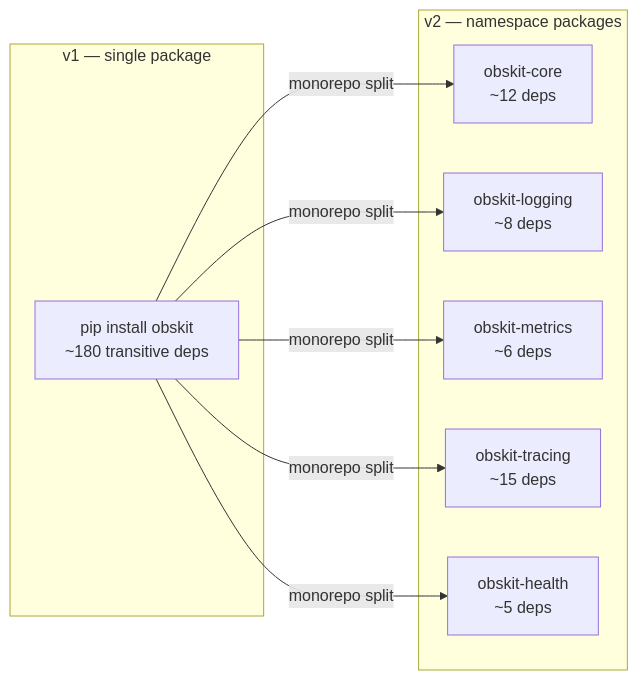
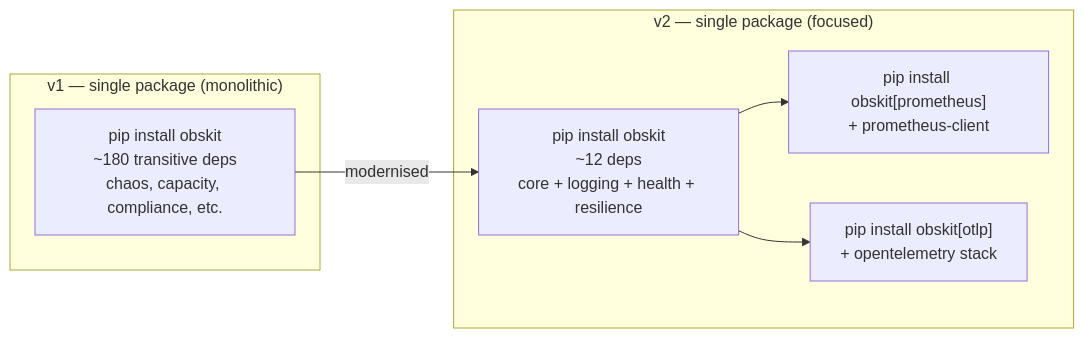
Before and after one commit to talaatmagdyx/obskit: the first of 2 diagrams in docs/getting-started/migration.md, drawn with Mermaid. The commit also changed other lines of this file and 30 other files, not shown here.

````diff
--- a/docs/getting-started/migration.md
+++ b/docs/getting-started/migration.md
@@ -9,18 +9,14 @@
 ```mermaid
 graph LR
-    subgraph v1["v1 — single package"]
-        A[pip install obskit<br/>~180 transitive deps]
+    subgraph v1["v1 — single package (monolithic)"]
+        A[pip install obskit<br/>~180 transitive deps<br/>chaos, capacity, compliance, etc.]
     end
-    subgraph v2["v2 — namespace packages"]
-        B[obskit-core<br/>~12 deps]
-        C[obskit-logging<br/>~8 deps]
-        D[obskit-metrics<br/>~6 deps]
-        E[obskit-tracing<br/>~15 deps]
-        F[obskit-health<br/>~5 deps]
+    subgraph v2["v2 — single package (focused)"]
+        B["pip install obskit<br/>~12 deps<br/>core + logging + health + resilience"]
+        C["pip install obskit[prometheus]<br/>+ prometheus-client"]
+        D["pip install obskit[otlp]<br/>+ opentelemetry stack"]
     end
-    A -->|monorepo split| B
-    A -->|monorepo split| C
-    A -->|monorepo split| D
-    A -->|monorepo split| E
-    A -->|monorepo split| F
+    A -->|modernised| B
+    B --> C
+    B --> D
 ```
````
